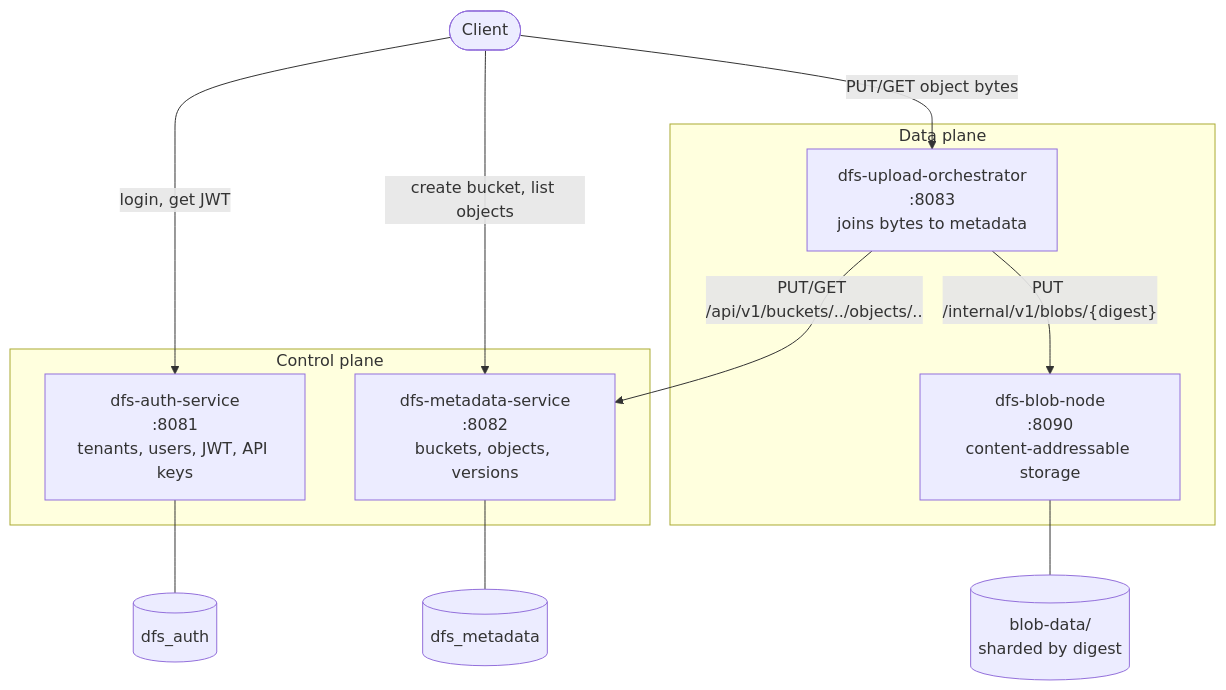
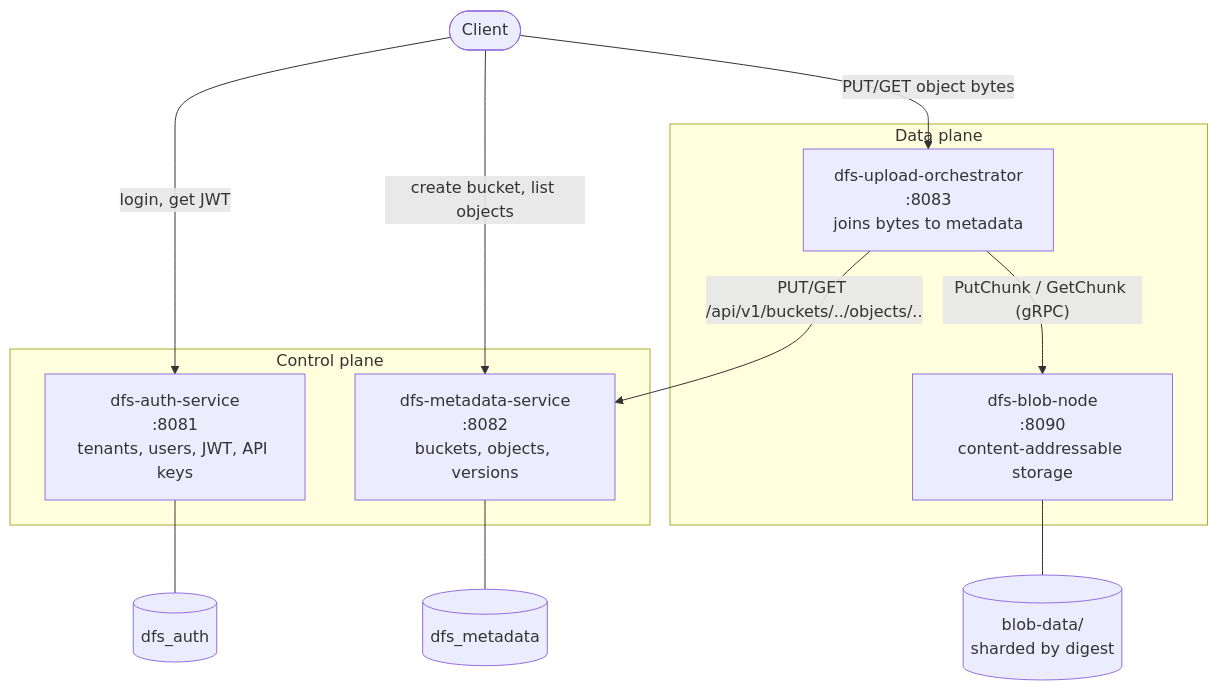
Before and after one commit to Samarateja0118/distributed-object-storage: the first of 3 diagrams in docs/architecture.md, drawn with Mermaid. The commit also changed other lines of this file and 4 other files, not shown here.

````diff
--- a/docs/architecture.md
+++ b/docs/architecture.md
@@ -11,29 +11,29 @@
 ```mermaid
 flowchart TB
     client([Client])
 
     subgraph control["Control plane"]
         auth["dfs-auth-service<br/>:8081<br/>tenants, users, JWT, API keys"]
         meta["dfs-metadata-service<br/>:8082<br/>buckets, objects, versions"]
     end
 
     subgraph data["Data plane"]
         orch["dfs-upload-orchestrator<br/>:8083<br/>joins bytes to metadata"]
         blob["dfs-blob-node<br/>:8090<br/>content-addressable storage"]
     end
 
     authdb[("dfs_auth")]
     metadb[("dfs_metadata")]
     disk[("blob-data/<br/>sharded by digest")]
 
     client -->|"login, get JWT"| auth
     client -->|"create bucket, list objects"| meta
     client -->|"PUT/GET object bytes"| orch
 
-    orch -->|"PUT /internal/v1/blobs/{digest}"| blob
+    orch -->|"PutChunk / GetChunk (gRPC)"| blob
     orch -->|"PUT/GET /api/v1/buckets/../objects/.."| meta
 
     auth --- authdb
     meta --- metadb
     blob --- disk
 ```
````
